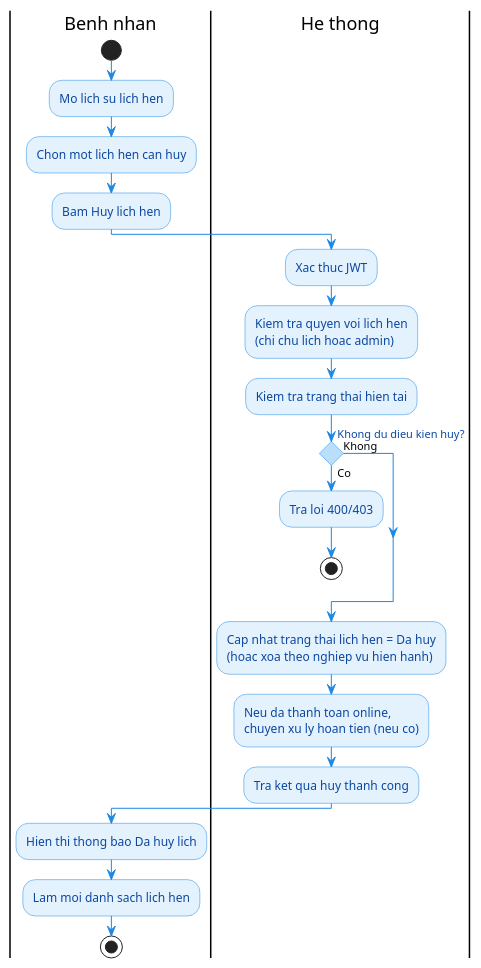
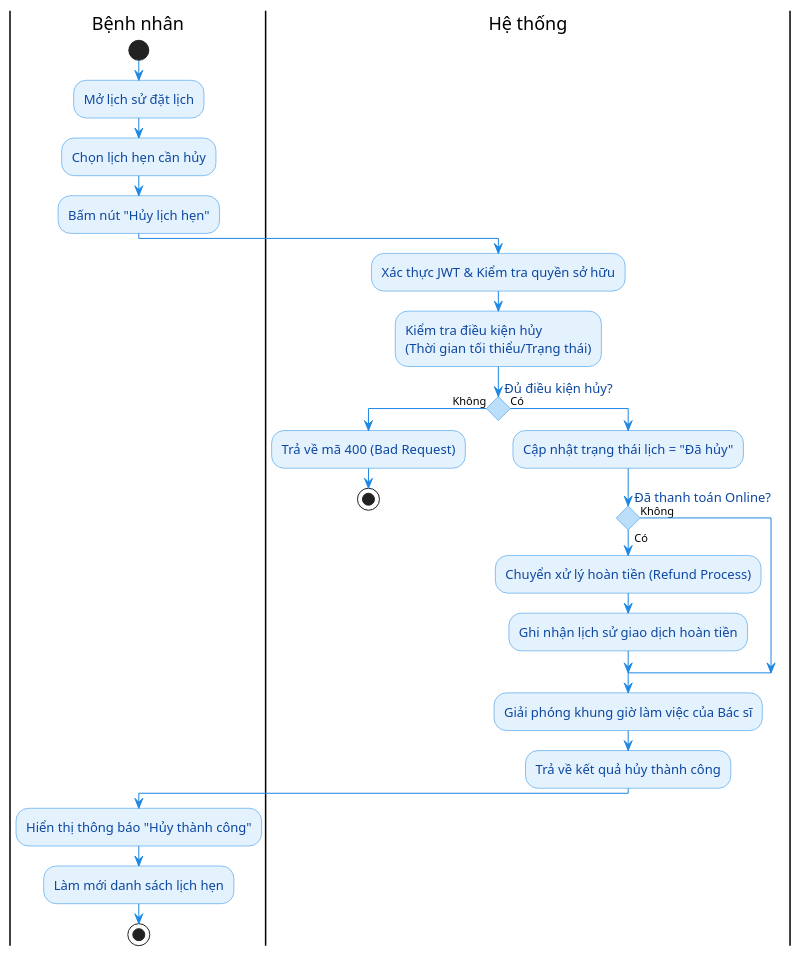
The diagram in server/doc/diagrams/ACT_12_HuyLichHenBenhNhan.puml (yqhuouc/HealthCare), drawn with PlantUML before and after one commit. The commit also changed 41 other files, not shown here.

Commit message:
feat: implement authentication system with password reset functionality and add project architecture documentation

```diff
--- a/server/doc/diagrams/ACT_12_HuyLichHenBenhNhan.puml
+++ b/server/doc/diagrams/ACT_12_HuyLichHenBenhNhan.puml
@@ -1,44 +1,51 @@
-@startuml Activity_HuyLichHenBenhNhan
+@startuml Activity_HuyLichHenBenhNhan_V2
 
 skinparam shadowing false
 skinparam backgroundColor white
 skinparam conditionStyle diamond
 skinparam ConditionEndStyle hline
 
 skinparam activity {
   BackgroundColor #E3F2FD
   BorderColor #1E88E5
   FontColor #0D47A1
-  RoundCorner 15
+  FontSize 13
+  RoundCorner 20
 }
 
 skinparam activityDiamondBackgroundColor #BBDEFB
 skinparam activityDiamondBorderColor #1E88E5
 skinparam activityDiamondFontColor #0D47A1
 skinparam ArrowColor #1E88E5
 
-|Benh nhan|
+|Bệnh nhân|
 start
-:Mo lich su lich hen;
-:Chon mot lich hen can huy;
-:Bam Huy lich hen;
+:Mở lịch sử đặt lịch;
+:Chọn lịch hẹn cần hủy;
+:Bấm nút "Hủy lịch hẹn";
 
-|He thong|
-:Xac thuc JWT;
-:Kiem tra quyen voi lich hen\n(chi chu lich hoac admin);
-:Kiem tra trang thai hien tai;
-if (Khong du dieu kien huy?) then (Co)
-  :Tra loi 400/403;
+|Hệ thống|
+:Xác thực JWT & Kiểm tra quyền sở hữu;
+:Kiểm tra điều kiện hủy\n(Thời gian tối thiểu/Trạng thái);
+
+if (Đủ điều kiện hủy?) then (Không)
+  :Trả về mã 400 (Bad Request);
   stop
-else (Khong)
+else (Có)
+  :Cập nhật trạng thái lịch = "Đã hủy";
+  
+  if (Đã thanh toán Online?) then (Có)
+    :Chuyển xử lý hoàn tiền (Refund Process);
+    :Ghi nhận lịch sử giao dịch hoàn tiền;
+  else (Không)
+  endif
+
+  :Giải phóng khung giờ làm việc của Bác sĩ;
+  :Trả về kết quả hủy thành công;
 endif
 
-:Cap nhat trang thai lich hen = Da huy\n(hoac xoa theo nghiep vu hien hanh);
-:Neu da thanh toan online,\nchuyen xu ly hoan tien (neu co);
-:Tra ket qua huy thanh cong;
-
-|Benh nhan|
-:Hien thi thong bao Da huy lich;
-:Lam moi danh sach lich hen;
+|Bệnh nhân|
+:Hiển thị thông báo "Hủy thành công";
+:Làm mới danh sách lịch hẹn;
 stop
 @enduml
```
